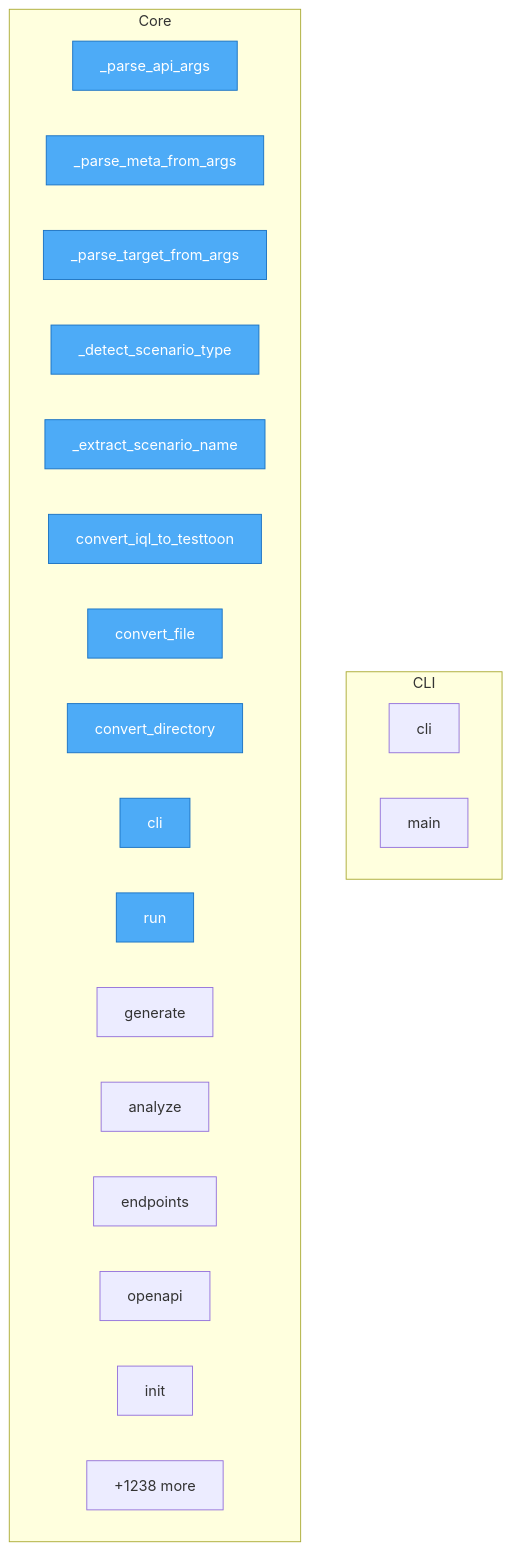
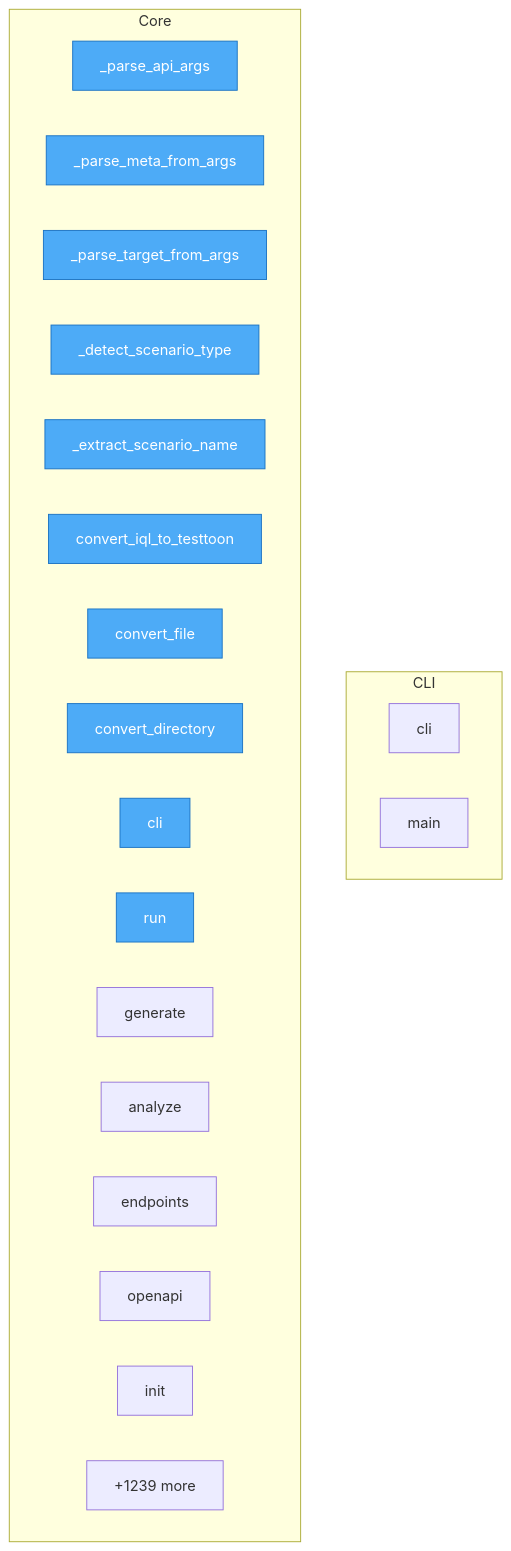
One commit to oqlos/testql changed the diagram in project/flow.mmd. Above: the diagram before and after it, drawn with Mermaid. The commit also changed 77 other files, not shown here.

```diff
--- a/project/flow.mmd
+++ b/project/flow.mmd
@@ -1,30 +1,30 @@
 flowchart TD
 
     %% Entry points (blue)
     classDef entry fill:#4dabf7,stroke:#1971c2,color:#fff
 
     subgraph CLI
         testql__cli__cli["cli"]
         testql__cli__main["main"]
     end
 
     subgraph Core
         code2llm_output__map__toon___parse_api_args["_parse_api_args"]
         code2llm_output__map__toon___parse_meta_from_args["_parse_meta_from_args"]
         code2llm_output__map__toon___parse_target_from_args["_parse_target_from_args"]
         code2llm_output__map__toon___detect_scenario_type["_detect_scenario_type"]
         code2llm_output__map__toon___extract_scenario_name["_extract_scenario_name"]
         code2llm_output__map__toon__convert_iql_to_testtoon["convert_iql_to_testtoon"]
         code2llm_output__map__toon__convert_file["convert_file"]
         code2llm_output__map__toon__convert_directory["convert_directory"]
         code2llm_output__map__toon__cli["cli"]
         code2llm_output__map__toon__run["run"]
         code2llm_output__map__toon__generate["generate"]
         code2llm_output__map__toon__analyze["analyze"]
         code2llm_output__map__toon__endpoints["endpoints"]
         code2llm_output__map__toon__openapi["openapi"]
         code2llm_output__map__toon__init["init"]
-        ...["+1238 more"]
+        ...["+1239 more"]
     end
 
     class code2llm_output__map__toon___parse_api_args,code2llm_output__map__toon___parse_meta_from_args,code2llm_output__map__toon___parse_target_from_args,code2llm_output__map__toon___detect_scenario_type,code2llm_output__map__toon___extract_scenario_name,code2llm_output__map__toon__convert_iql_to_testtoon,code2llm_output__map__toon__convert_file,code2llm_output__map__toon__convert_directory,code2llm_output__map__toon__cli,code2llm_output__map__toon__run entry
```
